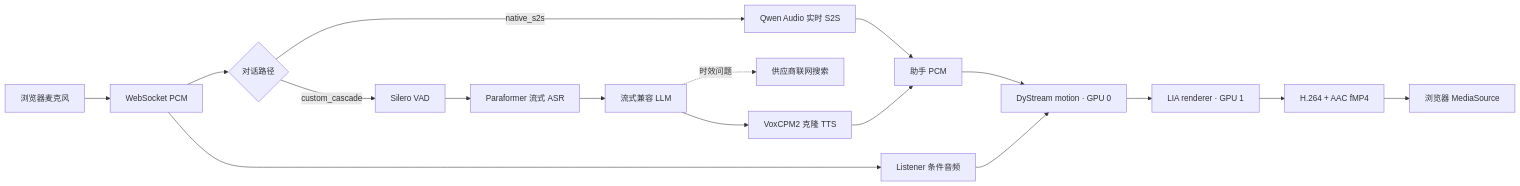
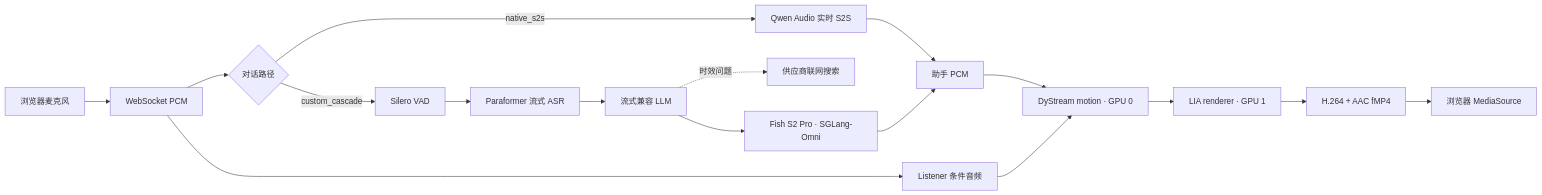
The diagram in README_zh-CN.md (XinchengSun/OpenVA-Dialogue), drawn with Mermaid before and after one commit. The commit also changed other lines of this file and 30 other files, not shown here.

Commit message:
feat: make Fish S2 Pro the primary TTS

````diff
--- a/README_zh-CN.md
+++ b/README_zh-CN.md
@@ -34,21 +31,21 @@
 ```mermaid
 flowchart LR
     MIC["浏览器麦克风"] --> WS["WebSocket PCM"]
     WS --> ROUTE{"对话路径"}
 
     ROUTE -->|native_s2s| S2S["Qwen Audio 实时 S2S"]
     ROUTE -->|custom_cascade| VAD["Silero VAD"]
     VAD --> ASR["Paraformer 流式 ASR"]
     ASR --> LLM["流式兼容 LLM"]
     LLM -. 时效问题 .-> SEARCH["供应商联网搜索"]
-    LLM --> TTS["VoxCPM2 克隆 TTS"]
+    LLM --> TTS["Fish S2 Pro · SGLang-Omni"]
 
     S2S --> PCM["助手 PCM"]
     TTS --> PCM
     PCM --> MOTION["DyStream motion · GPU 0"]
     WS --> LISTENER["Listener 条件音频"]
     LISTENER --> MOTION
     MOTION --> RENDER["LIA renderer · GPU 1"]
     RENDER --> MUX["H.264 + AAC fMP4"]
     MUX --> MSE["浏览器 MediaSource"]
 ```
````
